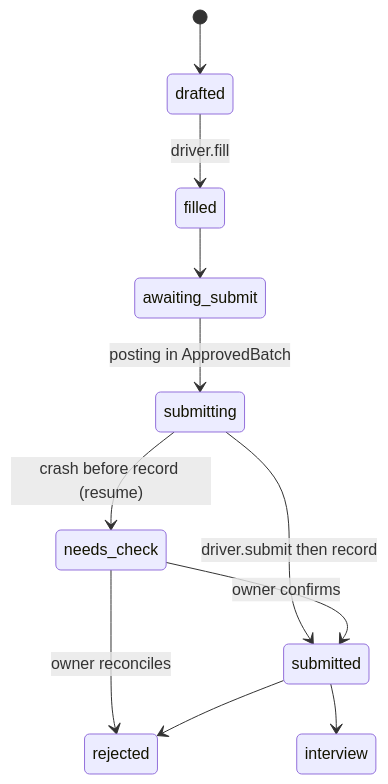
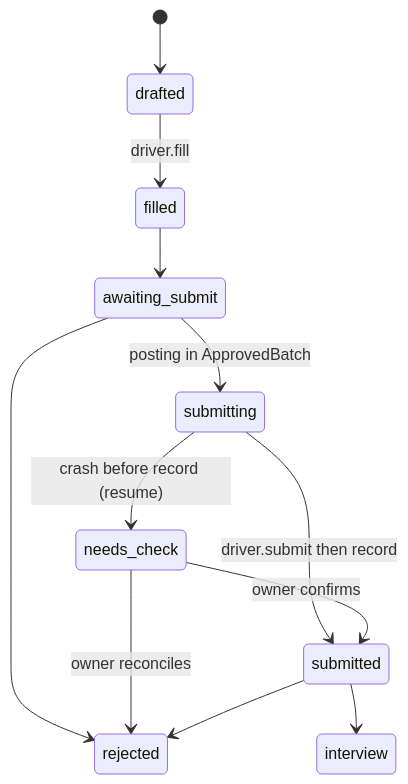
One commit to p10ns11y/collab-finder changed the second of 2 diagrams in packages/core/README.md. Above: the diagram before and after it, drawn with Mermaid. The commit also changed 8 other files, not shown here.

````diff
--- a/packages/core/README.md
+++ b/packages/core/README.md
@@ -11,13 +11,14 @@
 ```mermaid
 stateDiagram-v2
   [*] --> drafted
   drafted --> filled: driver.fill
   filled --> awaiting_submit
   awaiting_submit --> submitting: posting in ApprovedBatch
+  awaiting_submit --> rejected
   submitting --> submitted: driver.submit then record
   submitting --> needs_check: crash before record (resume)
   needs_check --> submitted: owner confirms
   needs_check --> rejected: owner reconciles
   submitted --> rejected
   submitted --> interview
 ```
````
